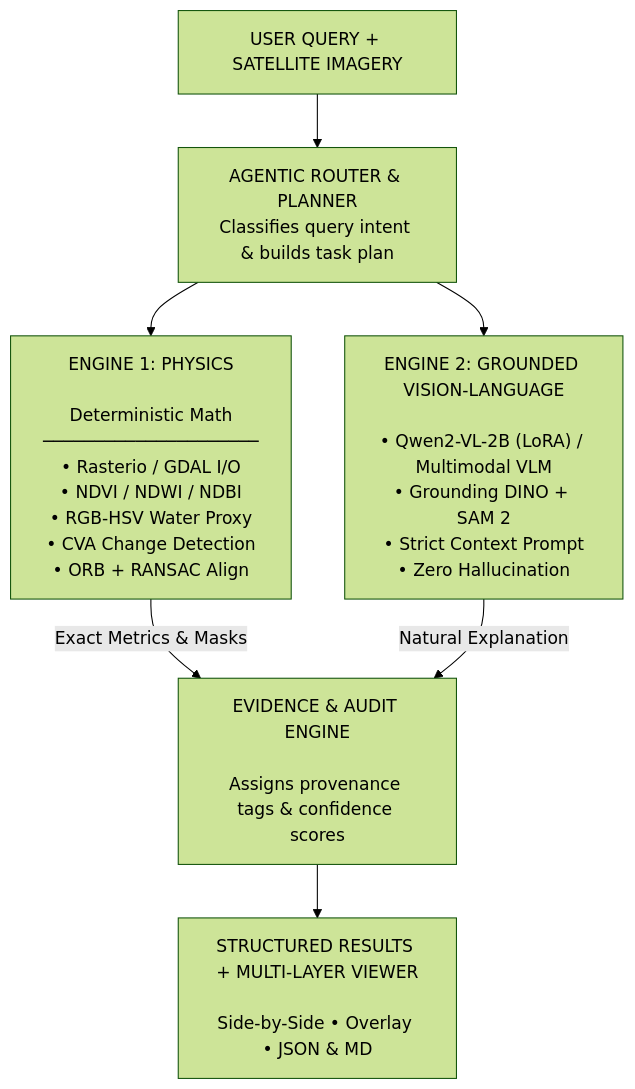
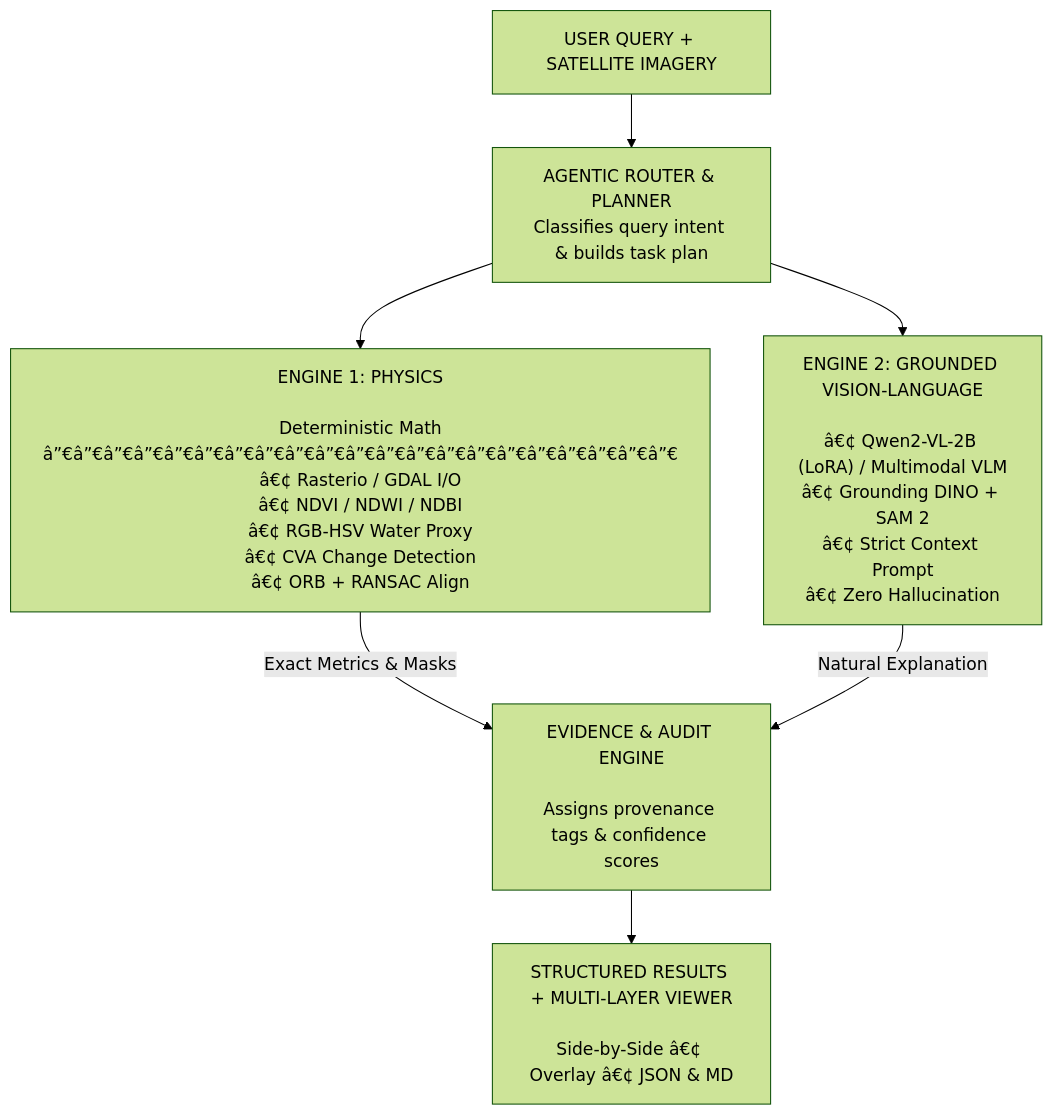
The diagram in README.md (SyedFazeelReshad/SatQueryAI), drawn with Mermaid (forest theme) before and after one commit. The commit also changed other lines of this file, not shown here.

````diff
--- a/README.md
+++ b/README.md
@@ -11,20 +11,20 @@
 ```mermaid
 flowchart TD
 
     A["USER QUERY + SATELLITE IMAGERY"] --> B["AGENTIC ROUTER & PLANNER<br/>Classifies query intent & builds task plan"]
 
     B --> C
     B --> D
 
-    C["ENGINE 1: PHYSICS<br/><br/>Deterministic Math<br/>─────────────────────<br/>• Rasterio / GDAL I/O<br/>• NDVI / NDWI / NDBI<br/>• RGB-HSV Water Proxy<br/>• CVA Change Detection<br/>• ORB + RANSAC Align"]
+    C["ENGINE 1: PHYSICS<br/><br/>Deterministic Math<br/>â”€â”€â”€â”€â”€â”€â”€â”€â”€â”€â”€â”€â”€â”€â”€â”€â”€â”€â”€â”€â”€<br/>â€¢ Rasterio / GDAL I/O<br/>â€¢ NDVI / NDWI / NDBI<br/>â€¢ RGB-HSV Water Proxy<br/>â€¢ CVA Change Detection<br/>â€¢ ORB + RANSAC Align"]
 
-    D["ENGINE 2: GROUNDED VISION-LANGUAGE<br/><br/>• Qwen2-VL-2B (LoRA) / Multimodal VLM<br/>• Grounding DINO + SAM 2<br/>• Strict Context Prompt<br/>• Zero Hallucination"]
+    D["ENGINE 2: GROUNDED VISION-LANGUAGE<br/><br/>â€¢ Qwen2-VL-2B (LoRA) / Multimodal VLM<br/>â€¢ Grounding DINO + SAM 2<br/>â€¢ Strict Context Prompt<br/>â€¢ Zero Hallucination"]
 
     C -->|Exact Metrics & Masks| E
     D -->|Natural Explanation| E
 
     E["EVIDENCE & AUDIT ENGINE<br/><br/>Assigns provenance tags & confidence scores"]
 
-    E --> F["STRUCTURED RESULTS + MULTI-LAYER VIEWER<br/><br/>Side-by-Side • Overlay • JSON & MD"]
+    E --> F["STRUCTURED RESULTS + MULTI-LAYER VIEWER<br/><br/>Side-by-Side â€¢ Overlay â€¢ JSON & MD"]
 
 ```
````
